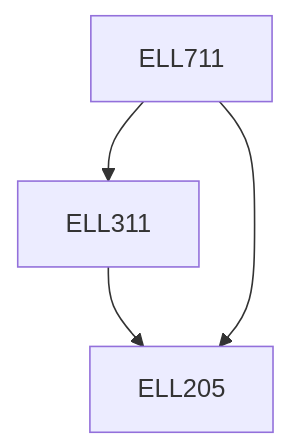
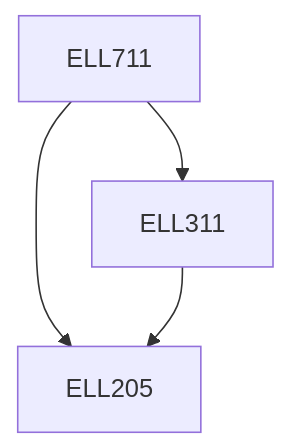
The diagram in content/Electrical Engineering/ELL711.md (KeshavBansal0122/CoS_Website), drawn with Mermaid before and after one commit. The commit also changed other lines of this file and 392 other files, not shown here.

````diff
--- a/content/Electrical Engineering/ELL711.md
+++ b/content/Electrical Engineering/ELL711.md
@@ -19,10 +19,10 @@
 ```mermaid
 flowchart TD
 ELL711-346[ELL711]
+ELL711-346 --> ELL205-346[ELL205]
+ELL311-346 --> ELL205-346[ELL205]
 ELL711-346 --> ELL311-346[ELL311]
-ELL311-346 --> ELL205-346[ELL205]
-ELL711-346 --> ELL205-346[ELL205]
 
 classDef empty height:17px, fill:transparent, stroke:transparent;
 classDef trueEmpty height:0px, width:0px;
 ```
````
